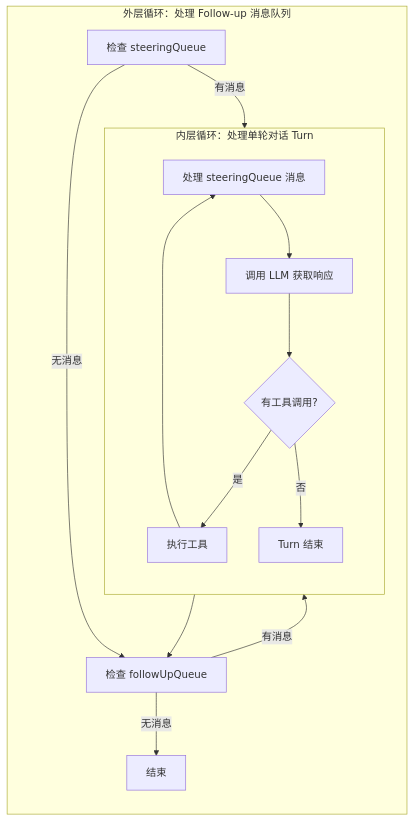
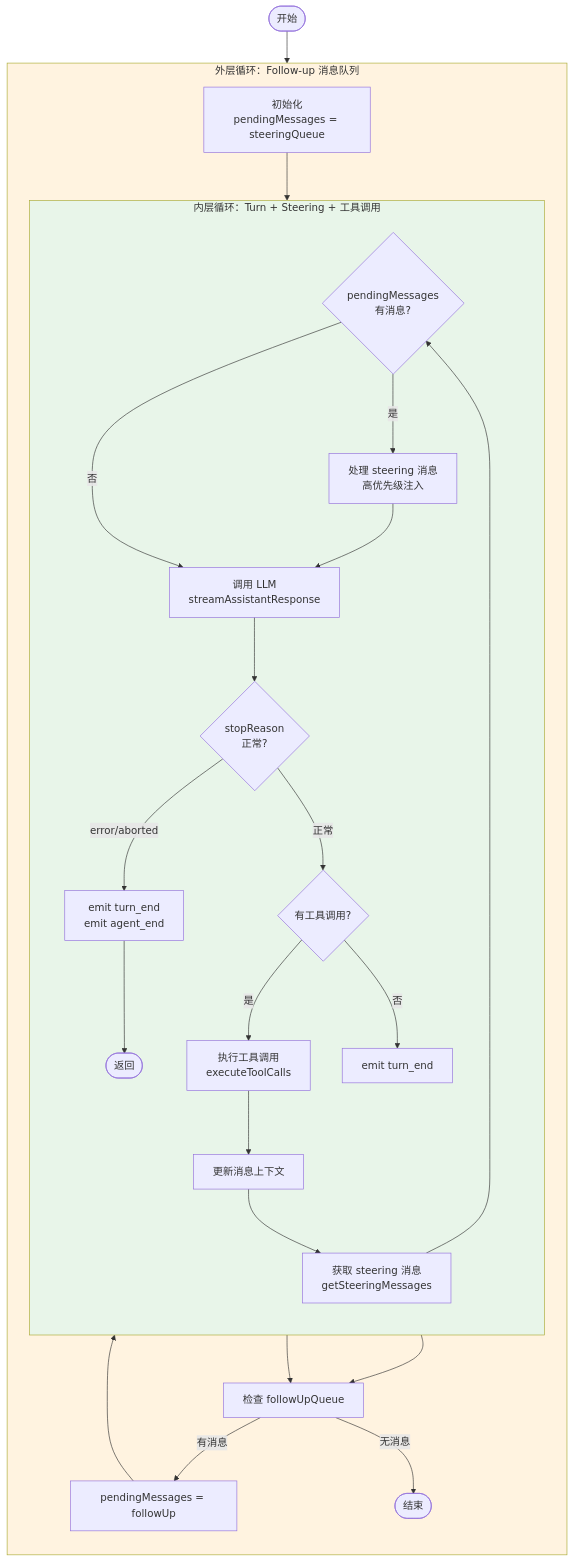
Before and after one commit to cloudyan/pi-mono: the second of 5 diagrams in docs/pi-mono-tutorial/3_pi_agent/02-agent-loop.md, drawn with Mermaid. The commit also changed other lines of this file and 2 other files, not shown here.

````diff
--- a/docs/pi-mono-tutorial/3_pi_agent/02-agent-loop.md
+++ b/docs/pi-mono-tutorial/3_pi_agent/02-agent-loop.md
@@ -51,18 +111,35 @@
 ```mermaid
 flowchart TD
-    subgraph OuterLoop["外层循环：处理 Follow-up 消息队列"]
+    Start([开始]) --> Init["初始化<br/>pendingMessages = steeringQueue"]
+
+    subgraph OuterLoop["外层循环：Follow-up 消息队列"]
         direction TB
-        O1["检查 steeringQueue"] -->|有消息| InnerLoop
-        O1 -->|无消息| O2["检查 followUpQueue"]
-        O2 -->|有消息| InnerLoop
-        O2 -->|无消息| End["结束"]
+        Init --> InnerLoop
+        InnerLoop --> CheckFollowUp["检查 followUpQueue"]
+        CheckFollowUp -->|有消息| SetPending["pendingMessages = followUp"]
+        SetPending --> InnerLoop
+        CheckFollowUp -->|无消息| End([结束])
     end
 
-    subgraph InnerLoop["内层循环：处理单轮对话 Turn"]
+    subgraph InnerLoop["内层循环：Turn + Steering + 工具调用"]
         direction TB
-        I1["处理 steeringQueue 消息"] --> I2["调用 LLM 获取响应"]
-        I2 --> I3{"有工具调用?"}
-        I3 -->|是| I4["执行工具"] --> I1
-        I3 -->|否| I5["Turn 结束"] --> O2
+        CheckSteering{"pendingMessages<br/>有消息?"} -->|是| ProcessSteering["处理 steering 消息<br/>高优先级注入"]
+        CheckSteering -->|否| CallLLM["调用 LLM<br/>streamAssistantResponse"]
+        ProcessSteering --> CallLLM
+
+        CallLLM --> CheckError{"stopReason<br/>正常?"}
+        CheckError -->|error/aborted| EmitError["emit turn_end<br/>emit agent_end"] --> ErrorEnd([返回])
+        CheckError -->|正常| CheckTool{"有工具调用?"}
+
+        CheckTool -->|是| ExecTools["执行工具调用<br/>executeToolCalls"]
+        ExecTools --> UpdateContext["更新消息上下文"]
+        UpdateContext --> GetSteering["获取 steering 消息<br/>getSteeringMessages"]
+        GetSteering --> CheckSteering
+
+        CheckTool -->|否| EmitTurnEnd["emit turn_end"]
+        EmitTurnEnd --> CheckFollowUp
     end
+
+    style OuterLoop fill:#fff3e0
+    style InnerLoop fill:#e8f5e9
 ```
````
